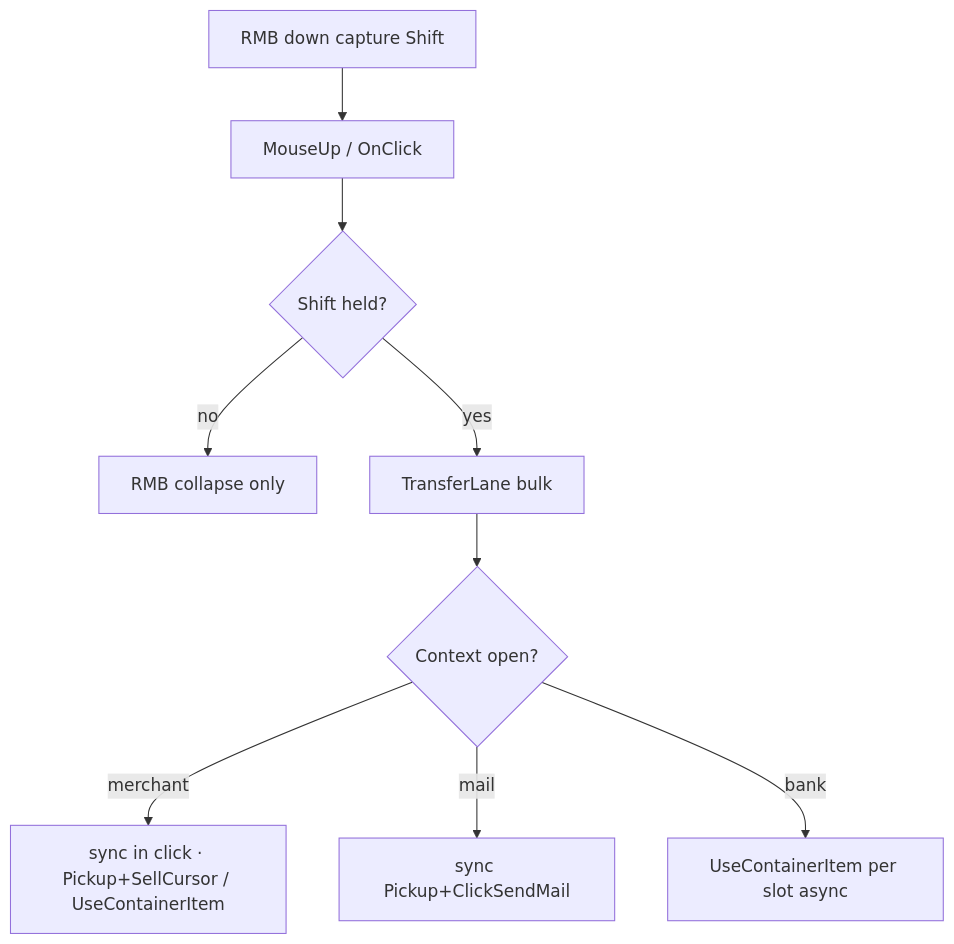
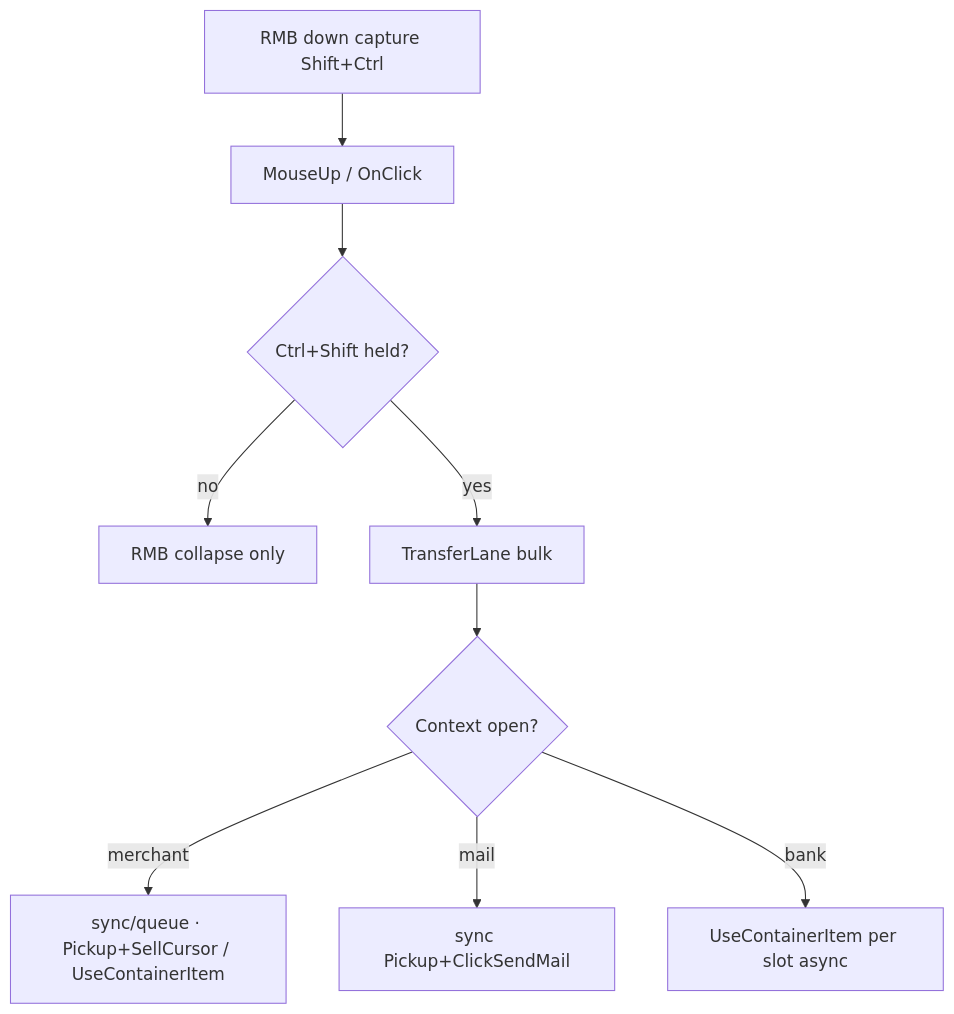
Before and after one commit to sirTurbisCZ/wow-forever-addons: the fifth of 7 diagrams in addons/BetterBackpack/Docs/loops.md, drawn with Mermaid. The commit also changed other lines of this file and 11 other files, not shown here.

First line of the commit message:
BetterBackpack 1.2.2: Shift merged-stack sell, Recipes lane

````diff
--- a/addons/BetterBackpack/Docs/loops.md
+++ b/addons/BetterBackpack/Docs/loops.md
@@ -93,11 +93,11 @@
 ```mermaid
 flowchart TD
-  Down[RMB down capture Shift] --> Up[MouseUp / OnClick]
-  Up --> Shift{Shift held?}
-  Shift -->|no| Collapse[RMB collapse only]
-  Shift -->|yes| RMB[TransferLane bulk]
+  Down[RMB down capture Shift+Ctrl] --> Up[MouseUp / OnClick]
+  Up --> Mod{Ctrl+Shift held?}
+  Mod -->|no| Collapse[RMB collapse only]
+  Mod -->|yes| RMB[TransferLane bulk]
   RMB --> Ctx{Context open?}
-  Ctx -->|merchant| Sell[sync in click · Pickup+SellCursor / UseContainerItem]
+  Ctx -->|merchant| Sell[sync/queue · Pickup+SellCursor / UseContainerItem]
   Ctx -->|mail| Mail[sync Pickup+ClickSendMail]
   Ctx -->|bank| Bank[UseContainerItem per slot async]
 ```
````
